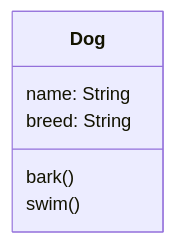
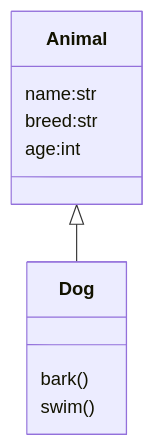
The second of 2 diagrams in README.md (weip2008/chatpm), drawn with Mermaid before and after one commit. The commit also changed other lines of this file, not shown here.

Commit message:
usefule mermaid diagram

````diff
--- a/README.md
+++ b/README.md
@@ -37,9 +41,14 @@
 ```mermaid
 classDiagram
+  class Animal{
+    name:str
+    breed:str
+    age:int
+  }
   class Dog {
-    name: String
-    breed: String
     bark()
     swim()
   }
+
+Animal <|-- Dog
 ```
````
